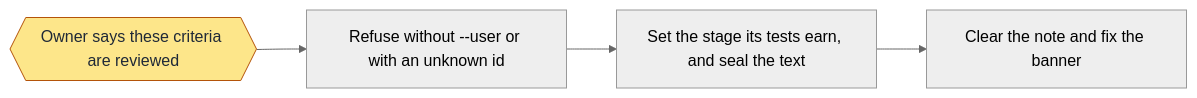
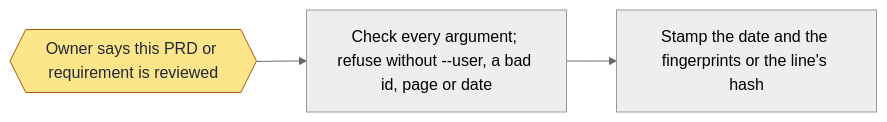
One commit to jcl2018/agent-workflow-template changed the sixth of 8 diagrams in skills/workflow-docs/references/commands.md. Above: the diagram before and after it, drawn with Mermaid (neutral theme). The commit also changed other lines of this file and 2 other files, not shown here.

Commit message:
docs: PRD page, review PAGE|ID, prd and convert in the skill, commands and README

````diff
--- a/skills/workflow-docs/references/commands.md
+++ b/skills/workflow-docs/references/commands.md
@@ -175,12 +171,10 @@
 ```mermaid
 flowchart LR
-  o{{"Owner says these criteria are reviewed"}}
-  a["Refuse without --user or with an unknown id"]
-  b["Set the stage its tests earn, and seal the text"]
-  c["Clear the note and fix the banner"]
+  o{{"Owner says this PRD or requirement is reviewed"}}
+  a["Check every argument; refuse without --user, a bad id, page or date"]
+  b["Stamp the date and the fingerprints or the line's hash"]
   o --> a
   a --> b
-  b --> c
   classDef owner fill:#fde68a,stroke:#b45309,color:#1f2937
   class o owner
 ```
````
